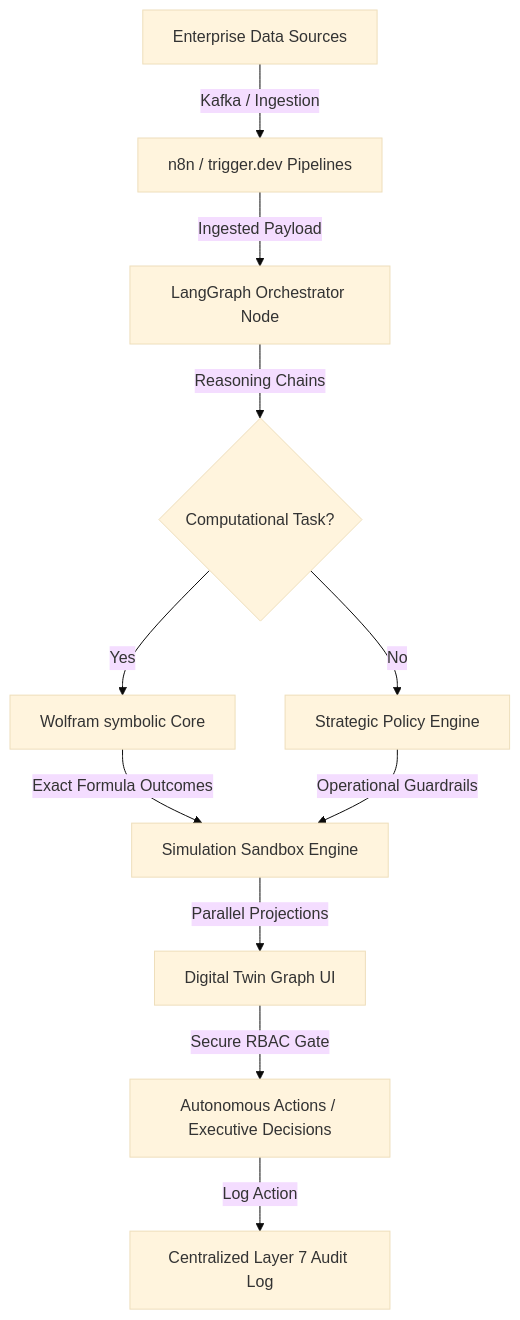
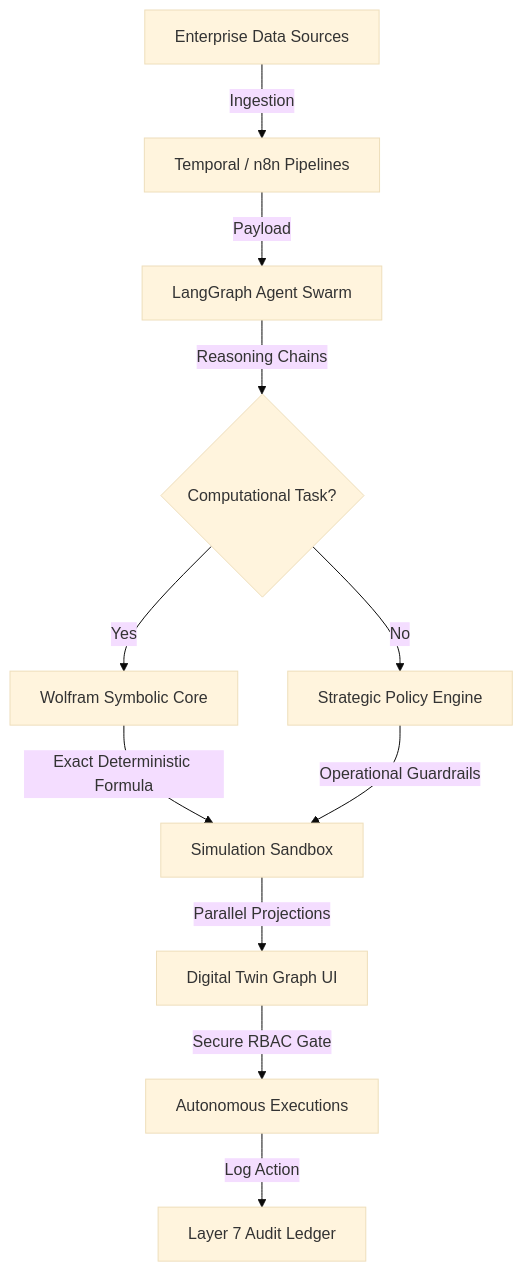
The diagram in README.md (karanscosmo/santrix), drawn with Mermaid (base theme) before and after one commit. The commit also changed other lines of this file and 5 other files, not shown here.

````diff
--- a/README.md
+++ b/README.md
@@ -43,13 +41,13 @@
 ```mermaid
 graph TD
-    A[Enterprise Data Sources] -->|Kafka / Ingestion| B[n8n / trigger.dev Pipelines]
-    B -->|Ingested Payload| C[LangGraph Orchestrator Node]
+    A[Enterprise Data Sources] -->|Ingestion| B[Temporal / n8n Pipelines]
+    B -->|Payload| C[LangGraph Agent Swarm]
     C -->|Reasoning Chains| D{Computational Task?}
-    D -->|Yes| E[Wolfram symbolic Core]
+    D -->|Yes| E[Wolfram Symbolic Core]
     D -->|No| F[Strategic Policy Engine]
-    E -->|Exact Formula Outcomes| G[Simulation Sandbox Engine]
+    E -->|Exact Deterministic Formula| G[Simulation Sandbox]
     F -->|Operational Guardrails| G
     G -->|Parallel Projections| H[Digital Twin Graph UI]
-    H -->|Secure RBAC Gate| I[Autonomous Actions / Executive Decisions]
-    I -->|Log Action| J[Centralized Layer 7 Audit Log]
+    H -->|Secure RBAC Gate| I[Autonomous Executions]
+    I -->|Log Action| J[Layer 7 Audit Ledger]
 ```
````
